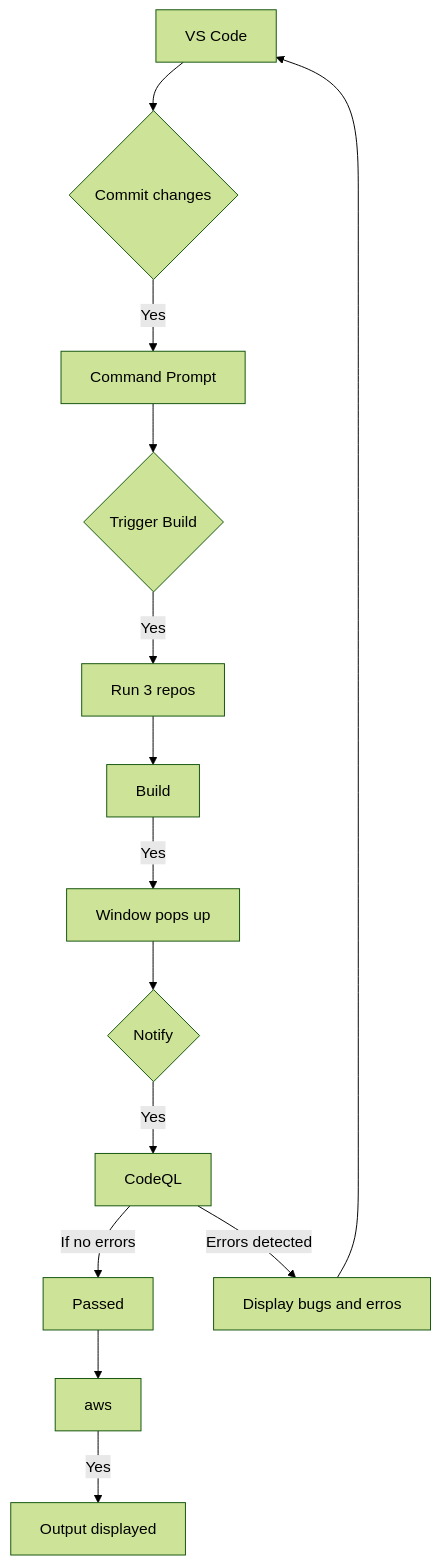
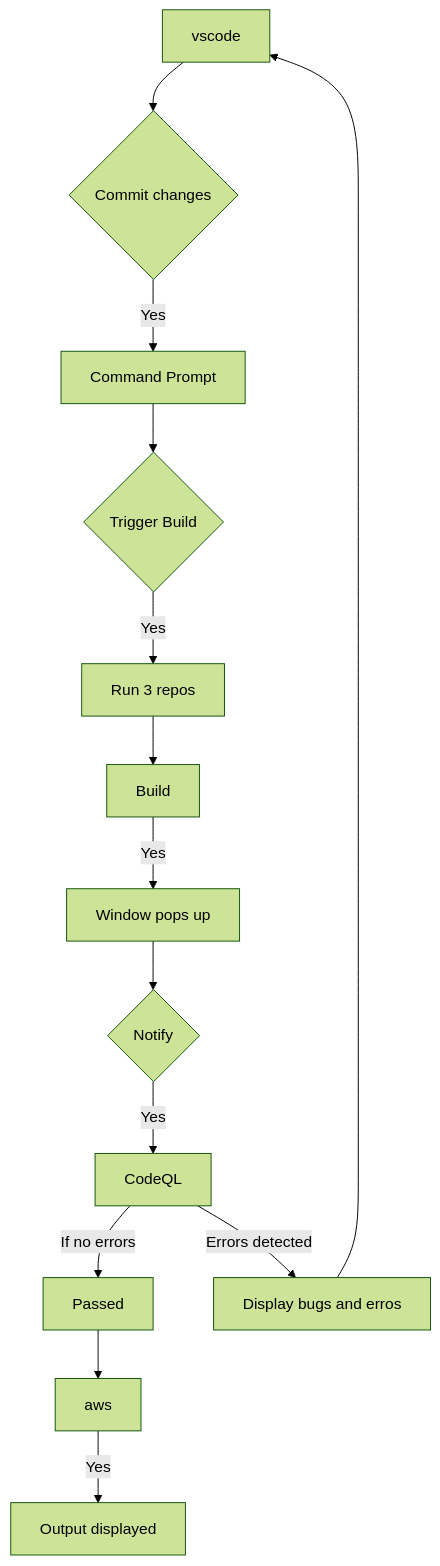
One commit to PD-NET/test changed the third of 3 diagrams in README.md. Above: the diagram before and after it, drawn with Mermaid (forest theme). The commit also changed other lines of this file, not shown here.

Commit message:
Update from https://github.com/PD-NET/Devnew/commit/b7e9662215f92d198d56f8ae31b57a46cee70fa1

````diff
--- a/README.md
+++ b/README.md
@@ -32,16 +58,16 @@
  ```mermaid
   graph TD;
-      A[VS Code]-->B{Commit changes};
+      A[vscode]-->B{Commit changes};
       B-->|Yes| C[Command Prompt];
      C-->D{Trigger Build};
      D-->|Yes| E[Run 3 repos];
     E--> F[Build];
   F-->|Yes| G[Window pops up];
 G--> H{Notify};
   H-->|Yes| I[CodeQL];
 I-->|If no errors| J[Passed];
 I-->|Errors detected| K[Display bugs and erros];
 J-->L[aws];
 L-->|Yes| M[Output displayed];
 K--> A;
 ```
````
